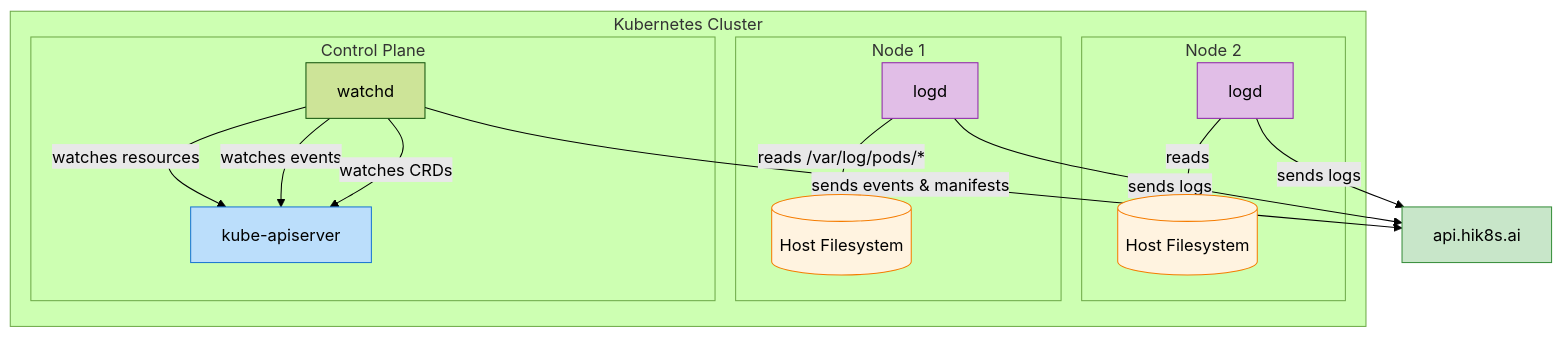
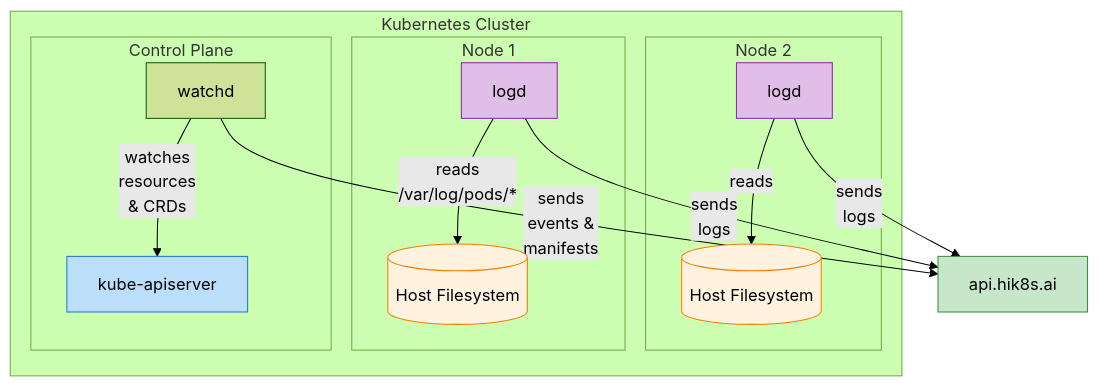
The diagram in README.md (hik8s/agents), drawn with Mermaid (forest theme) before and after one commit.

Commit message:
feat(docs,system-diagram): reduce width

````diff
--- a/README.md
+++ b/README.md
@@ -43,39 +43,45 @@
 ```mermaid
 graph TB
     subgraph "Kubernetes Cluster"
         subgraph "Node 2"
             LD1[logd]
             FS1[(Host Filesystem)]
             LD1 -->|reads| FS1
         end
         
         subgraph "Node 1"
             LD2[logd]
             FS2[(Host Filesystem)]
-            LD2 -->|reads /var/log/pods/*| FS2
+            LD2 -->|reads 
+            /var/log/pods/*| FS2
         end
 
         subgraph "Control Plane"
             API[kube-apiserver]
             WD[watchd]
-            WD -->|watches resources| API
-            WD -->|watches events| API
-            WD -->|watches CRDs| API
+            WD -->|watches
+            resources
+            & CRDs| API
+            
         end
     end
 
     HK[api.hik8s.ai]
-    LD1 -->|sends logs| HK
-    LD2 -->|sends logs| HK
-    WD -->|sends events & manifests| HK
+    LD1 -->|sends
+    logs| HK
+    LD2 -->|sends
+    logs| HK
+    WD -->|sends 
+    events & 
+    manifests| HK
 
     classDef daemon fill:#e1bee7,stroke:#8e24aa
     classDef api fill:#bbdefb,stroke:#1976d2
     classDef backend fill:#c8e6c9,stroke:#388e3c
     classDef storage fill:#fff3e0,stroke:#f57c00
 
     class LD1,LD2 daemon
     class API api
     class HK backend
     class FS1,FS2 storage
 ```
````
